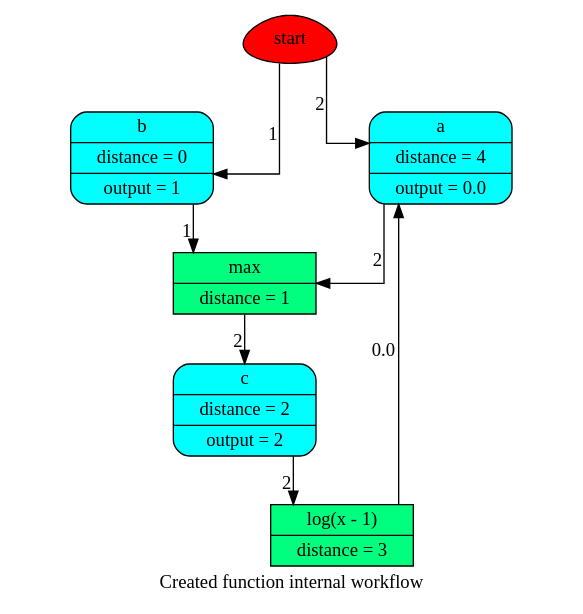
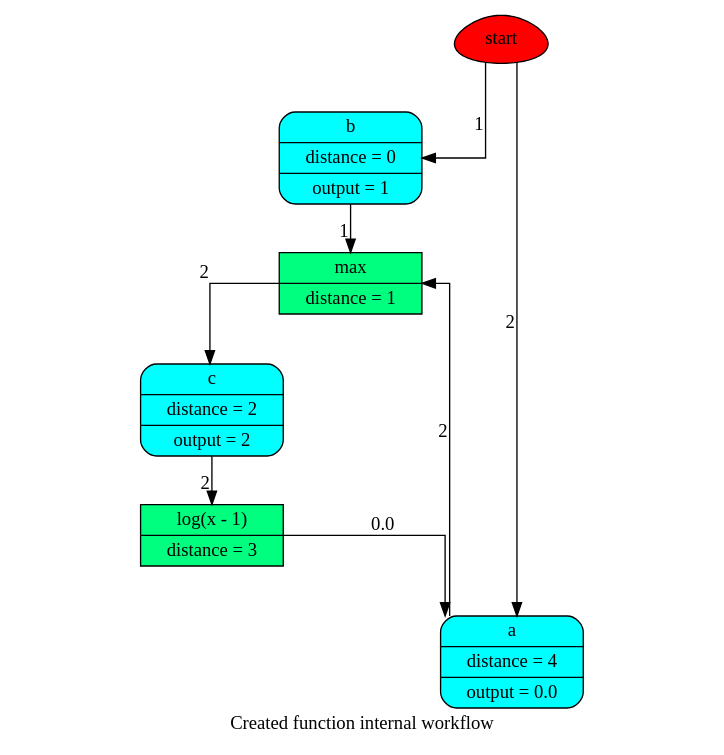
One commit to vinci1it2000/schedula changed the diagram in doc/source/dispatcher/utils/dsp/SubDispatchFunction_wf1.dot. Above: the diagram before and after it, drawn with Graphviz. The commit also changed 24 other files, not shown here.

```diff
--- a/doc/source/dispatcher/utils/dsp/SubDispatchFunction_wf1.dot
+++ b/doc/source/dispatcher/utils/dsp/SubDispatchFunction_wf1.dot
@@ -1,19 +1,19 @@
 digraph "Created function internal" {
 	graph [ratio=1]
 	node [style=filled]
+	label = "Created function internal workflow"
 	splines = ortho
-	label = "Created function internal workflow"
-		"Created function internal_4373660080" [label=start fillcolor=red shape=egg]
-		"Created function internal_-2193805309291217967" [label="{ c | distance = 2 | output = 2 }" fillcolor=cyan shape=Mrecord]
-		"Created function internal_9139109398902324004" [label="{ a | distance = 4 | output = 0.0 }" fillcolor=cyan shape=Mrecord]
-		"Created function internal_-8066809969768465707" [label="{ log(x - 1) | distance = 3 }" fillcolor=springgreen shape=record]
-		"Created function internal_5099201867563505239" [label="{ b | distance = 0 | output = 1 }" fillcolor=cyan shape=Mrecord]
-		"Created function internal_1534414356972631965" [label="{ max | distance = 1 }" fillcolor=springgreen shape=record]
-			"Created function internal_4373660080" -> "Created function internal_9139109398902324004" [xlabel=2]
-			"Created function internal_4373660080" -> "Created function internal_5099201867563505239" [xlabel=1]
-			"Created function internal_-2193805309291217967" -> "Created function internal_-8066809969768465707" [xlabel=2]
-			"Created function internal_9139109398902324004" -> "Created function internal_1534414356972631965" [xlabel=2]
-			"Created function internal_-8066809969768465707" -> "Created function internal_9139109398902324004" [xlabel=0.0]
-			"Created function internal_5099201867563505239" -> "Created function internal_1534414356972631965" [xlabel=1]
-			"Created function internal_1534414356972631965" -> "Created function internal_-2193805309291217967" [xlabel=2]
+		"Created function internal_4373639600" [label=start fillcolor=red shape=egg]
+		"Created function internal_-1493133887714541688" [label="{ max | distance = 1 }" fillcolor=springgreen shape=record]
+		"Created function internal_7224607962633671560" [label="{ b | distance = 0 | output = 1 }" fillcolor=cyan shape=Mrecord]
+		"Created function internal_4703362646100628502" [label="{ log(x - 1) | distance = 3 }" fillcolor=springgreen shape=record]
+		"Created function internal_-1353340929889452664" [label="{ a | distance = 4 | output = 0.0 }" fillcolor=cyan shape=Mrecord]
+		"Created function internal_6900719114362863374" [label="{ c | distance = 2 | output = 2 }" fillcolor=cyan shape=Mrecord]
+			"Created function internal_4373639600" -> "Created function internal_-1353340929889452664" [xlabel=2]
+			"Created function internal_4373639600" -> "Created function internal_7224607962633671560" [xlabel=1]
+			"Created function internal_-1493133887714541688" -> "Created function internal_6900719114362863374" [xlabel=2]
+			"Created function internal_7224607962633671560" -> "Created function internal_-1493133887714541688" [xlabel=1]
+			"Created function internal_4703362646100628502" -> "Created function internal_-1353340929889452664" [xlabel=0.0]
+			"Created function internal_-1353340929889452664" -> "Created function internal_-1493133887714541688" [xlabel=2]
+			"Created function internal_6900719114362863374" -> "Created function internal_4703362646100628502" [xlabel=2]
 }
```
